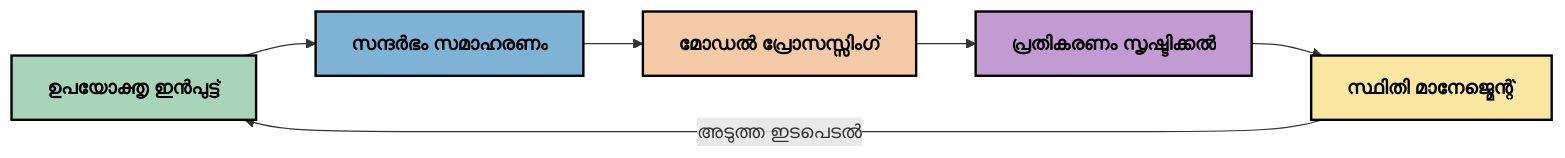
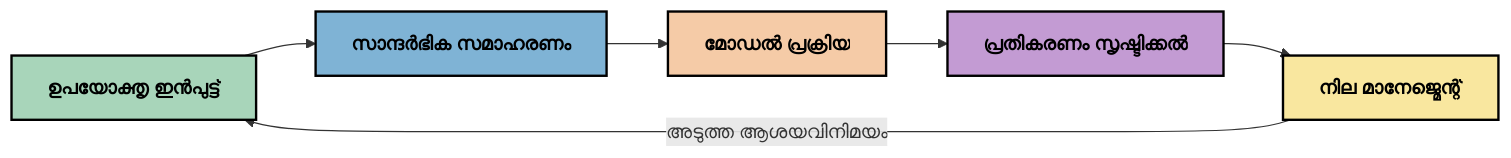
One commit to HIDORAKAI002/ai-workspace-archive changed the first of 6 diagrams in mcp_ecosystem__model_context_protocol/mcp_learning_resources/mcp-for-beginners/translations/ml/05-AdvancedTopics/mcp-contextengineering/README.md. Above: the diagram before and after it, drawn with Mermaid. The commit also changed other lines of this file and 1046 other files, not shown here.

````diff
--- a/mcp_ecosystem__model_context_protocol/mcp_learning_resources/mcp-for-beginners/translations/ml/05-AdvancedTopics/mcp-contextengineering/README.md
+++ b/mcp_ecosystem__model_context_protocol/mcp_learning_resources/mcp-for-beginners/translations/ml/05-AdvancedTopics/mcp-contextengineering/README.md
@@ -39,14 +40,14 @@
 ```mermaid
 graph LR
-    A[ഉപയോക്തൃ ഇൻപുട്ട്] --> B[സന്ദർഭം സമാഹരണം]
-    B --> C[മോഡൽ പ്രോസസ്സിംഗ്]
+    A[ഉപയോക്തൃ ഇൻപുട്ട്] --> B[സാന്ദർഭിക സമാഹരണം]
+    B --> C[മോഡൽ പ്രക്രിയ]
     C --> D[പ്രതികരണം സൃഷ്ടിക്കൽ]
-    D --> E[സ്ഥിതി മാനേജ്മെന്റ്]
-    E -->|അടുത്ത ഇടപെടൽ| A
+    D --> E[നില മാനേജ്മെന്റ്]
+    E -->|അടുത്ത ആശയവിനിമയം| A
     
     style A fill:#A8D5BA,stroke:#000000,stroke-width:2px,color:#000000,font-weight:bold
     style B fill:#7FB3D5,stroke:#000000,stroke-width:2px,color:#000000,font-weight:bold
     style C fill:#F5CBA7,stroke:#000000,stroke-width:2px,color:#000000,font-weight:bold
     style D fill:#C39BD3,stroke:#000000,stroke-width:2px,color:#000000,font-weight:bold
     style E fill:#F9E79F,stroke:#000000,stroke-width:2px,color:#000000,font-weight:bold
 ```
````
